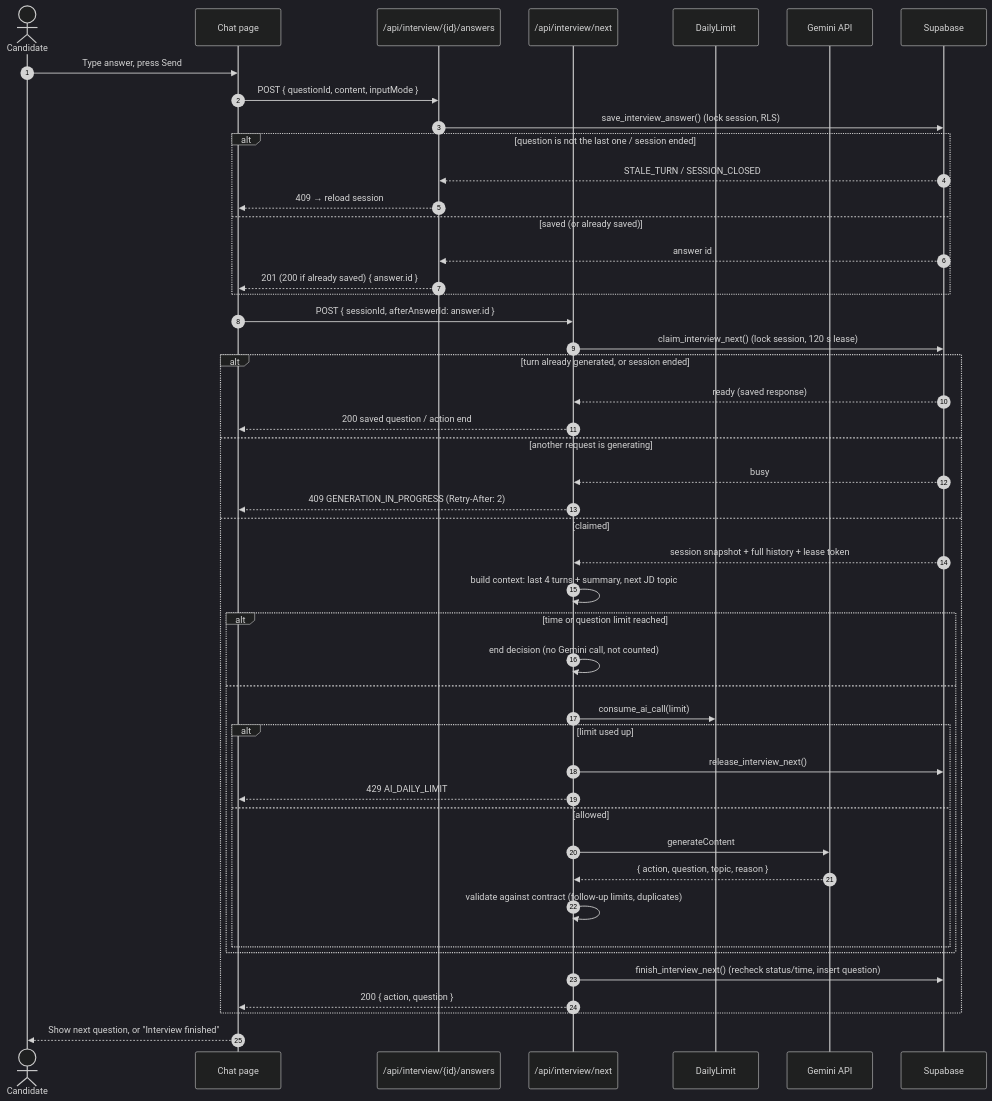
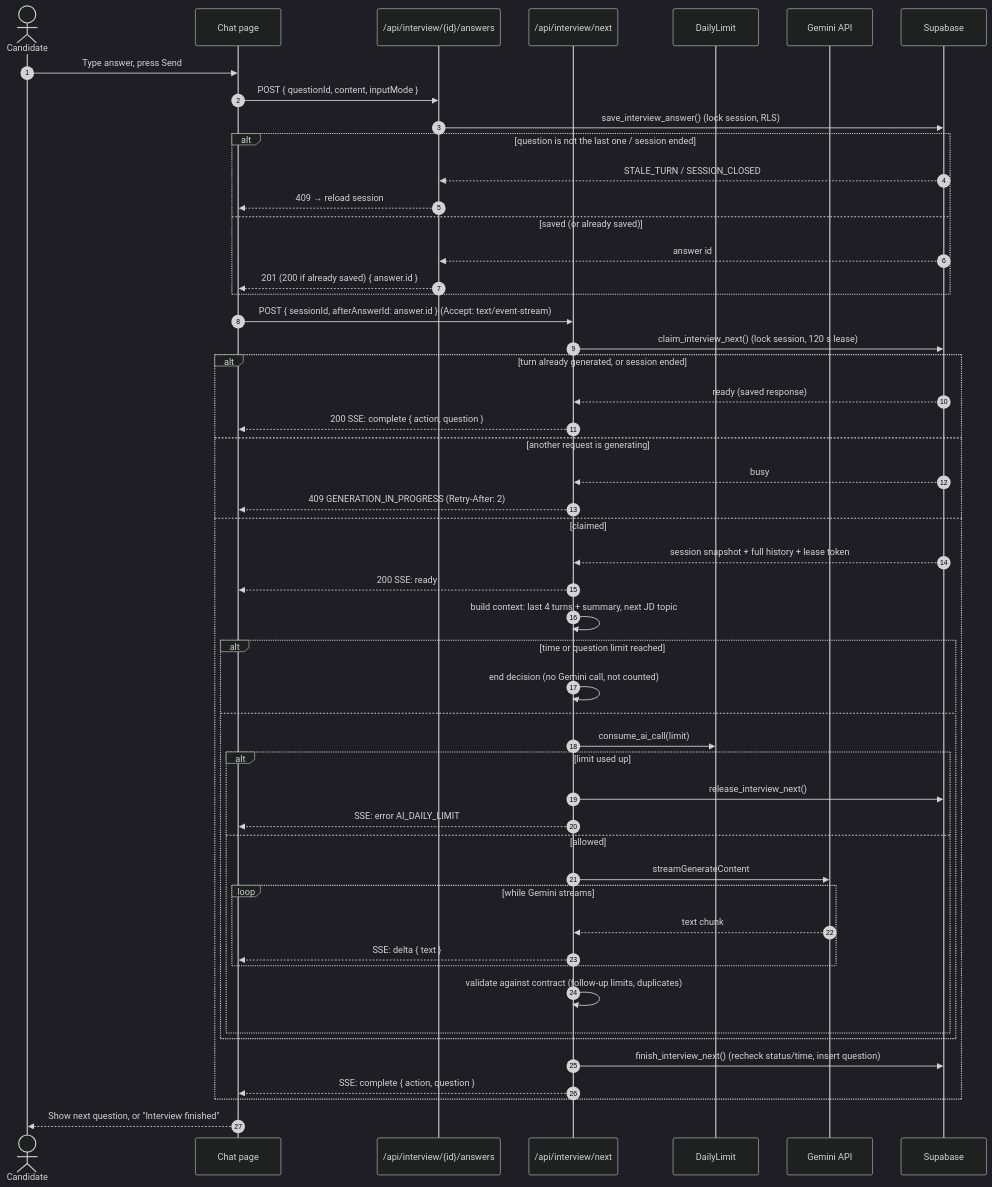
Before and after one commit to TrungNhan8386/InterviewBuddy: the third of 5 diagrams in docs/analysis and design/detailed-design.md, drawn with Mermaid (dark theme). The commit also changed other lines of this file and 2 other files, not shown here.

````diff
--- a/docs/analysis and design/detailed-design.md
+++ b/docs/analysis and design/detailed-design.md
@@ -154,50 +172,54 @@
 ```mermaid
 sequenceDiagram
   autonumber
   actor U as Candidate
   participant C as Chat page
   participant S as /api/interview/{id}/answers
   participant N as /api/interview/next
   participant L as DailyLimit
   participant G as Gemini API
   participant D as Supabase
 
   U->>C: Type answer, press Send
   C->>S: POST { questionId, content, inputMode }
   S->>D: save_interview_answer() (lock session, RLS)
   alt question is not the last one / session ended
     D-->>S: STALE_TURN / SESSION_CLOSED
     S-->>C: 409 → reload session
   else saved (or already saved)
     D-->>S: answer id
     S-->>C: 201 (200 if already saved) { answer.id }
   end
-  C->>N: POST { sessionId, afterAnswerId: answer.id }
+  C->>N: POST { sessionId, afterAnswerId: answer.id } (Accept: text/event-stream)
   N->>D: claim_interview_next() (lock session, 120 s lease)
   alt turn already generated, or session ended
     D-->>N: ready (saved response)
-    N-->>C: 200 saved question / action end
+    N-->>C: 200 SSE: complete { action, question }
   else another request is generating
     D-->>N: busy
     N-->>C: 409 GENERATION_IN_PROGRESS (Retry-After: 2)
   else claimed
     D-->>N: session snapshot + full history + lease token
+    N-->>C: 200 SSE: ready
     N->>N: build context: last 4 turns + summary, next JD topic
     alt time or question limit reached
       N->>N: end decision (no Gemini call, not counted)
     else
       N->>L: consume_ai_call(limit)
       alt limit used up
         N->>D: release_interview_next()
-        N-->>C: 429 AI_DAILY_LIMIT
+        N-->>C: SSE: error AI_DAILY_LIMIT
       else allowed
-        N->>G: generateContent
-        G-->>N: { action, question, topic, reason }
+        N->>G: streamGenerateContent
+        loop while Gemini streams
+          G-->>N: text chunk
+          N-->>C: SSE: delta { text }
+        end
         N->>N: validate against contract (follow-up limits, duplicates)
       end
     end
     N->>D: finish_interview_next() (recheck status/time, insert question)
-    N-->>C: 200 { action, question }
+    N-->>C: SSE: complete { action, question }
   end
   C-->>U: Show next question, or "Interview finished"
 ```
````
